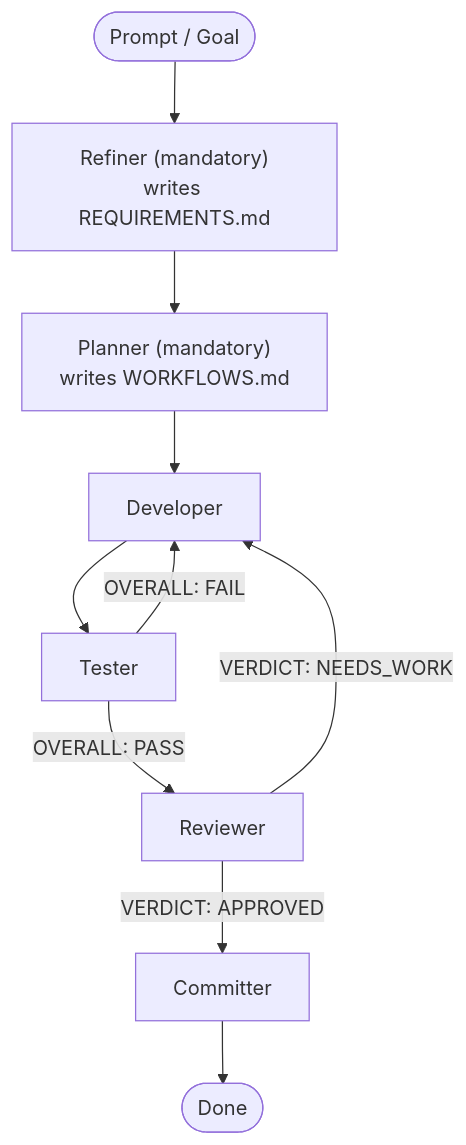
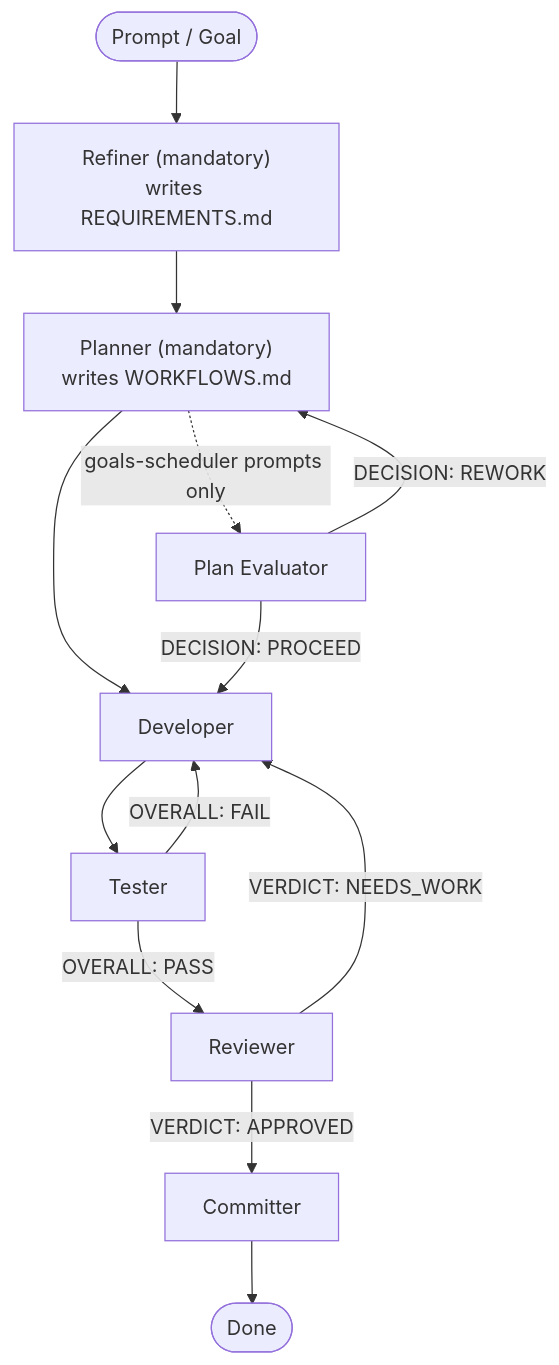
The second of 3 diagrams in README.md (hjhun/dormammu), drawn with Mermaid before and after one commit. The commit also changed other lines of this file and 4 other files, not shown here.

First line of the commit message:
Limit prelude evaluator to goals-triggered runs

````diff
--- a/README.md
+++ b/README.md
@@ -134,12 +136,15 @@
 ```mermaid
 flowchart TD
     prompt([Prompt / Goal]) --> refiner["Refiner (mandatory)<br/>writes REQUIREMENTS.md"]
     refiner --> planner["Planner (mandatory)<br/>writes WORKFLOWS.md"]
     planner --> developer[Developer]
     developer --> tester[Tester]
     tester -- "OVERALL: FAIL" --> developer
     tester -- "OVERALL: PASS" --> reviewer[Reviewer]
     reviewer -- "VERDICT: NEEDS_WORK" --> developer
     reviewer -- "VERDICT: APPROVED" --> committer[Committer]
     committer --> done([Done])
+    planner -. "goals-scheduler prompts only" .-> planeval["Plan Evaluator"]
+    planeval -- "DECISION: REWORK" --> planner
+    planeval -- "DECISION: PROCEED" --> developer
 ```
````
